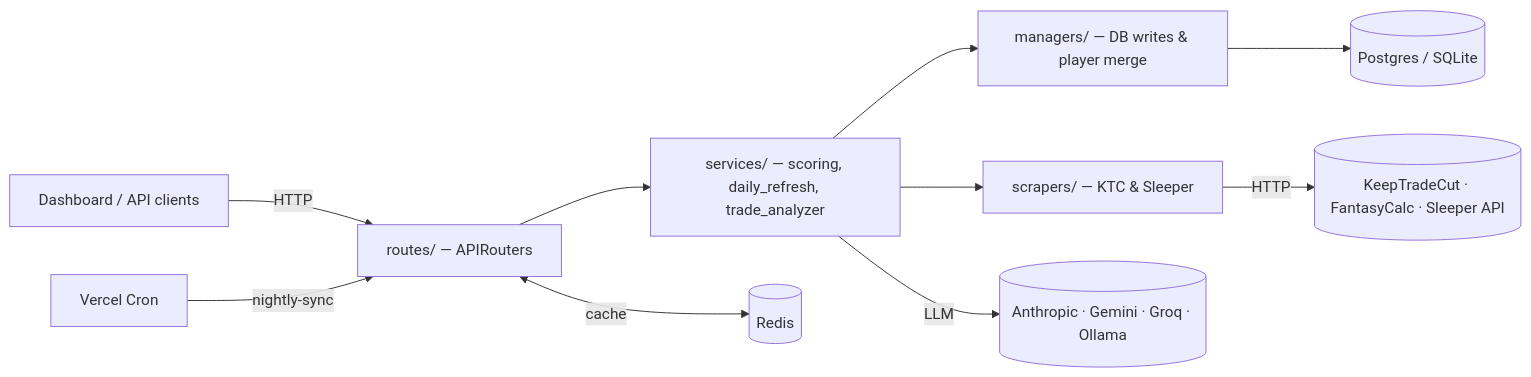
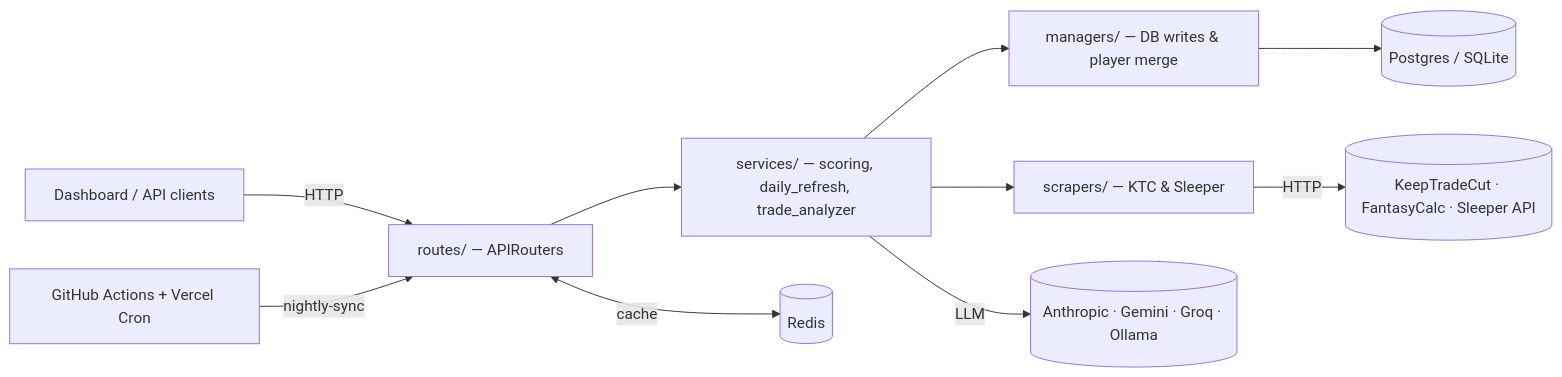
Before and after one commit to rawarne2/sleeper-backend: the diagram in README.md, drawn with Mermaid. The commit also changed other lines of this file and 3 other files, not shown here.

Commit message:
Add GitHub Actions nightly-sync workflow driving one request per step, document setup in the README

````diff
--- a/README.md
+++ b/README.md
@@ -46,12 +48,12 @@
 ```mermaid
 flowchart LR
     Client[Dashboard / API clients] -->|HTTP| Routes[routes/ — APIRouters]
-    Cron[Vercel Cron] -->|nightly-sync| Routes
+    Cron[GitHub Actions + Vercel Cron] -->|nightly-sync| Routes
     Routes --> Services[services/ — scoring, daily_refresh, trade_analyzer]
     Services --> Managers[managers/ — DB writes & player merge]
     Services --> Scrapers[scrapers/ — KTC & Sleeper]
     Scrapers -->|HTTP| External[(KeepTradeCut · FantasyCalc · Sleeper API)]
     Managers --> DB[(Postgres / SQLite)]
     Routes <-->|cache| Redis[(Redis)]
     Services -->|LLM| Providers[(Anthropic · Gemini · Groq · Ollama)]
 ```
````
